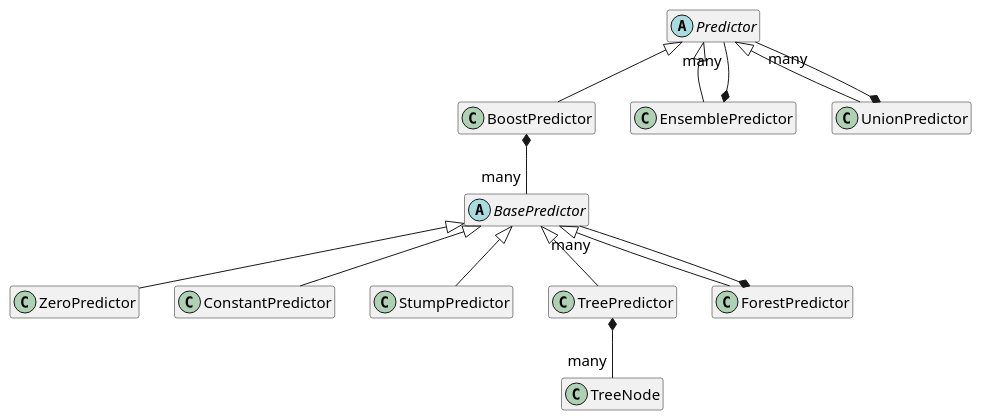
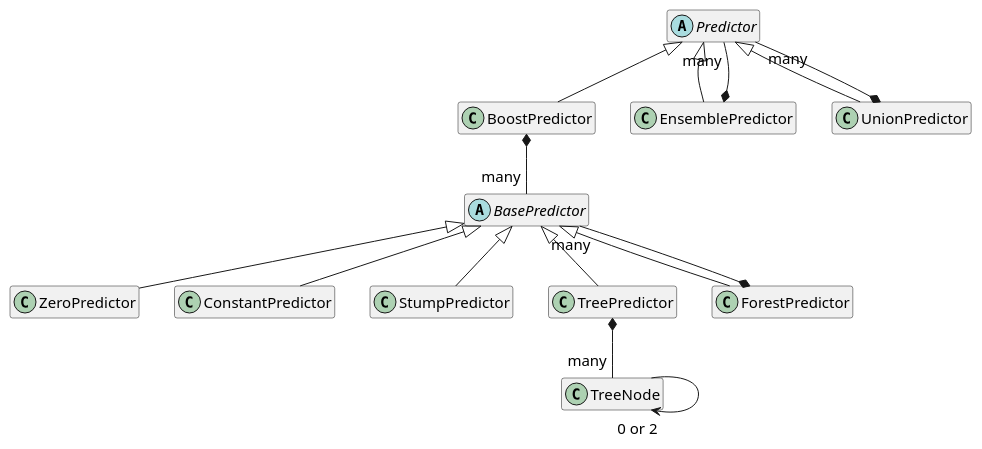
One commit to jrade/JrBoost changed the diagram in UML/Predictor.plantuml. Above: the diagram before and after it, drawn with PlantUML. The commit also changed 18 other files, not shown here.

```diff
--- a/UML/Predictor.plantuml
+++ b/UML/Predictor.plantuml
@@ -1,41 +1,43 @@
 @startuml
 
 hide members
 skinparam defaultFontSize 15
 
 
 abstract Predictor
 class BoostPredictor
 class EnsemblePredictor
 class UnionPredictor
 
 Predictor <|-- BoostPredictor
 Predictor <|-- EnsemblePredictor
 Predictor <|-- UnionPredictor
 
 EnsemblePredictor *-- "many" Predictor
 UnionPredictor *-- "many" Predictor
 
 
 abstract BasePredictor
 class ZeroPredictor
 class ConstantPredictor
 class StumpPredictor
 class TreePredictor
 class ForestPredictor
 class TreeNode
 
 BasePredictor <|-- ZeroPredictor
 BasePredictor <|-- ConstantPredictor
 BasePredictor <|-- StumpPredictor
 BasePredictor <|-- TreePredictor
 BasePredictor <|-- ForestPredictor
 
 ForestPredictor *-- "many" BasePredictor
 
 BoostPredictor *-- "many" BasePredictor
 
 TreePredictor *-- "many" TreeNode
 
+TreeNode --> "0 or 2" TreeNode
+
 
 @enduml
```
